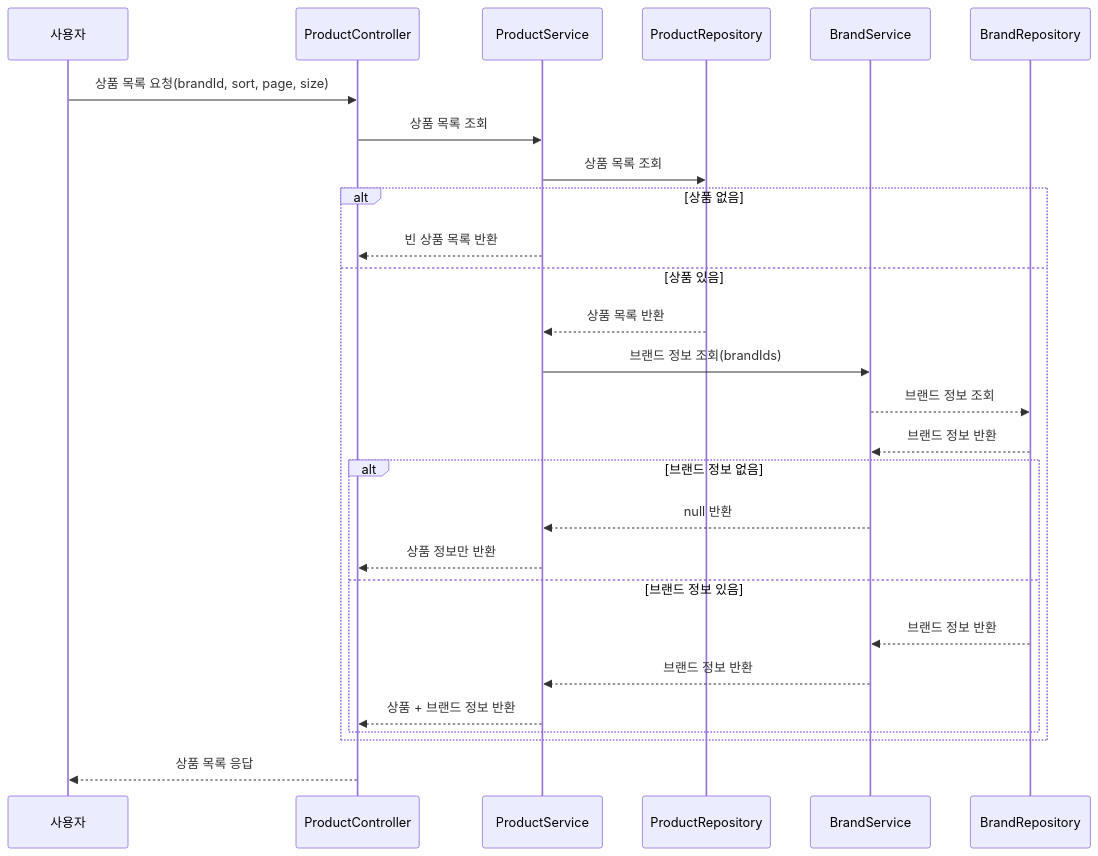
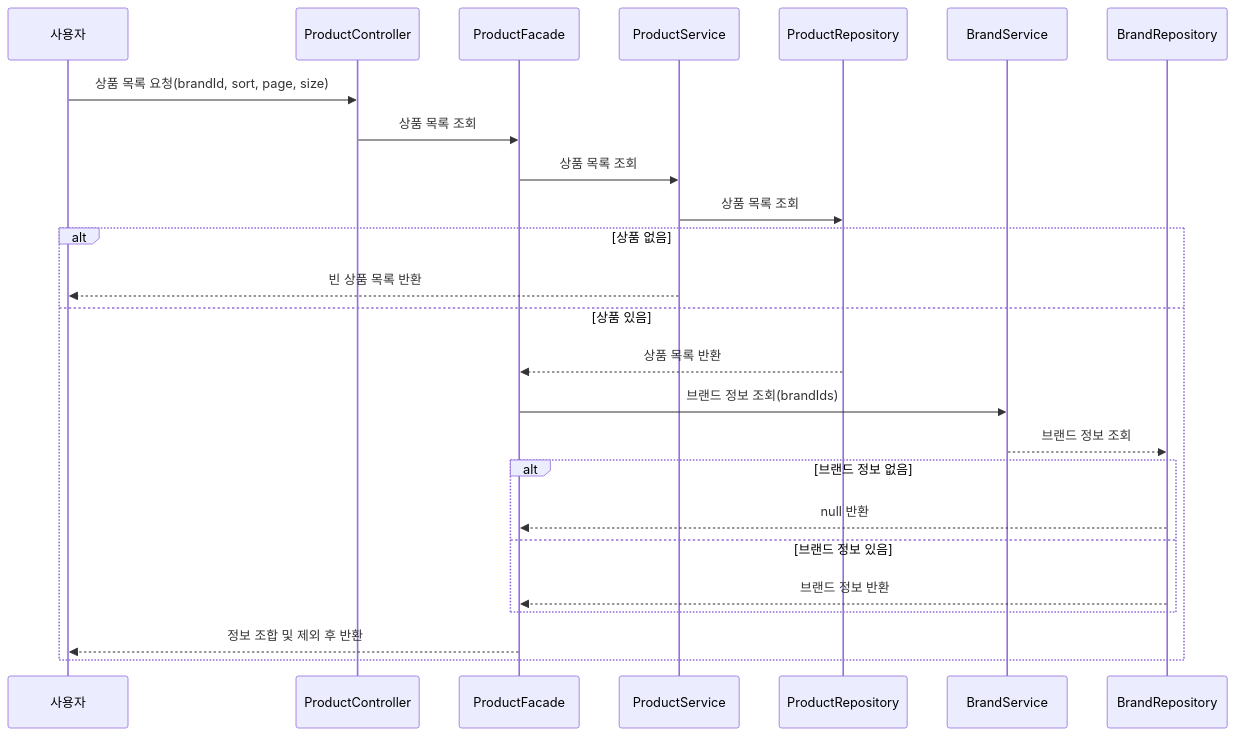
One commit to donghyeon3813/vibe-commerce changed the first of 7 diagrams in .docs/02-sequence-diagrams.md. Above: the diagram before and after it, drawn with Mermaid. The commit also changed other lines of this file, not shown here.

Commit message:
fix : sequence-diagrams 수정

````diff
--- a/.docs/02-sequence-diagrams.md
+++ b/.docs/02-sequence-diagrams.md
@@ -2,32 +2,29 @@
 ```mermaid
 sequenceDiagram
     participant 사용자
     participant PC as ProductController
+    participant PF as ProductFacade
     participant PS as ProductService
     participant PR as ProductRepository
     participant BS as BrandService
     participant BR as BrandRepository
 
     사용자->>PC: 상품 목록 요청(brandId, sort, page, size)
-    PC->>PS: 상품 목록 조회
+    PC->>PF: 상품 목록 조회
+    PF->>PS: 상품 목록 조회
     PS->>PR: 상품 목록 조회
 
     alt 상품 없음
-        PS-->>PC: 빈 상품 목록 반환
+        PS-->>사용자: 빈 상품 목록 반환
     else 상품 있음
-        PR-->>PS: 상품 목록 반환
-        PS->>BS: 브랜드 정보 조회(brandIds)
+        PR-->>PF: 상품 목록 반환
+        PF->>BS: 브랜드 정보 조회(brandIds)
         BS-->>BR: 브랜드 정보 조회
-        BR-->>BS: 브랜드 정보 반환
         alt 브랜드 정보 없음
-            BS-->>PS: null 반환
-            PS-->>PC: 상품 정보만 반환
+            BR-->>PF: null 반환
         else 브랜드 정보 있음
-            BR-->>BS: 브랜드 정보 반환
-            BS-->>PS: 브랜드 정보 반환
-            PS-->>PC: 상품 + 브랜드 정보 반환
+            BR-->>PF: 브랜드 정보 반환
         end
+        PF -->> 사용자: 정보 조합 및 제외 후 반환
     end
-
-    PC-->>사용자: 상품 목록 응답
 ```
````
